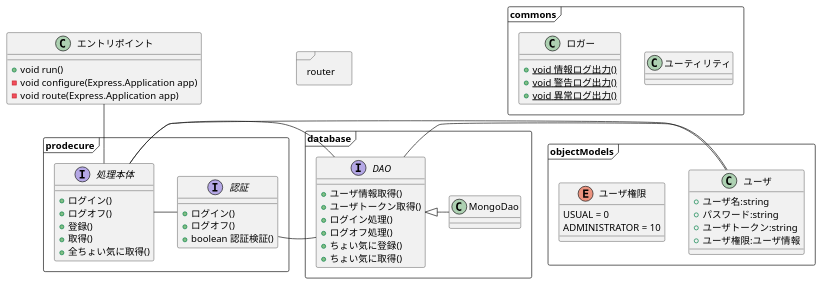
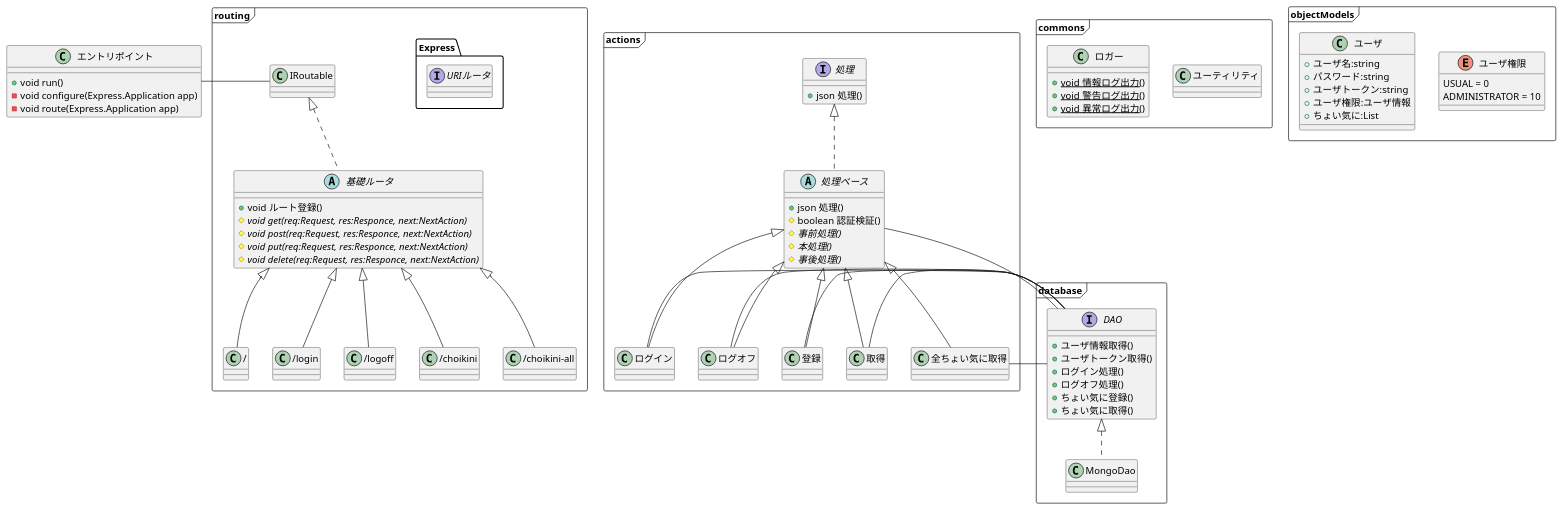
One commit to filunK/choikini changed the diagram in design/01-requirement/02-01_CL_classdiagram.puml. Above: the diagram before and after it, drawn with PlantUML. The commit also changed 6 other files, not shown here.

Commit message:
change architecture

```diff
--- a/design/01-requirement/02-01_CL_classdiagram.puml
+++ b/design/01-requirement/02-01_CL_classdiagram.puml
@@ -1,93 +1,144 @@
 @startuml
 
     
     package commons <<Frame>> {
         class ユーティリティ {
 
         }
 
         class Logger as "ロガー" {
             +{static} void 情報ログ出力()
             +{static} void 警告ログ出力()
             +{static} void 異常ログ出力()
             
         }
         
     }
     
     
     class Application as "エントリポイント" {
         +void run()
         -void configure(Express.Application app)
         -void route(Express.Application app)
     }
 
-    package router <<Frame>> {
+    package routing <<Frame>> {
+
+        Application - IRoutable
+        interface Express.IRoute as "URIルータ" {
+        }
+
+        IRoutable <|.. RouteBase
+        abstract class RouteBase as "基礎ルータ" {
+            +void ルート登録()
+            #{abstract}void get(req:Request, res:Responce, next:NextAction)
+            #{abstract}void post(req:Request, res:Responce, next:NextAction)
+            #{abstract}void put(req:Request, res:Responce, next:NextAction)
+            #{abstract}void delete(req:Request, res:Responce, next:NextAction)
+        }
+
+        RouteBase <|-- Index
+        class Index as "/" {
+        }
+
+        RouteBase <|-- Login
+        class Login as "/login" {
+        }
+
+        RouteBase <|-- Logoff
+        class Logoff as "/logoff" {
+        }
+
+        RouteBase <|-- Choikini
+        class Choikini as "/choikini" {
+        }
         
+        RouteBase <|-- ChoikiniAll
+        class ChoikiniAll as "/choikini-all" {
+        }
+
     }
     
     
-    package prodecure <<Frame>> {
-        interface Auth as "認証" {
-            +ログイン()
-            +ログオフ()
-            +boolean 認証検証()
-
+    package actions <<Frame>> {
+        interface IActionable as "処理" {
+            +json 処理()
         }
 
-        interface Choikini as "処理本体" {
-            +ログイン()
-            +ログオフ()
-            +登録()
-            +取得()
-            +全ちょい気に取得()
-            
+        IActionable <|.. ActionBase
+        abstract class ActionBase as "処理ベース" {
+            +json 処理()
+            #boolean 認証検証()
+            #{abstract} 事前処理()
+            #{abstract} 本処理()
+            #{abstract} 事後処理()
+        }
+        
+        ActionBase <|-- LoginAction
+        class LoginAction as "ログイン" {
+        }
+        
+        ActionBase <|-- LogoffAction
+        class LogoffAction as "ログオフ" {
         }
 
-        Application -- Choikini
-        Choikini - Auth
+        ActionBase <|-- RegistAction
+        class RegistAction as "登録" {
+        }
+
+        ActionBase <|-- SelectAction
+        class SelectAction as "取得" {
+        }
+
+        ActionBase <|-- SelectAllAction
+        class SelectAllAction as "全ちょい気に取得" {
+        }
+
     }
     
     
     
     package database <<Frame>> {
+
+        ActionBase - Dao
+        LoginAction - Dao
+        LogoffAction - Dao
+        RegistAction - Dao
+        SelectAction - Dao
+        SelectAllAction - Dao
         interface Dao as "DAO" {
             +ユーザ情報取得()
             +ユーザトークン取得()
             +ログイン処理()
             +ログオフ処理()
             +ちょい気に登録()
             +ちょい気に取得()
             
         }
 
-        Dao <|- MongoDao
+        Dao <|.. MongoDao
         class MongoDao {
         }
 
-        Choikini - Dao
-        Auth - Dao
     }
     
     
     package objectModels <<Frame>> {
         enum userAuthType as "ユーザ権限" {
             USUAL = 0
             ADMINISTRATOR = 10
         }
     
         class User as "ユーザ" {
             +ユーザ名:string
             +パスワード:string
             +ユーザトークン:string
             +ユーザ権限:ユーザ情報
+            +ちょい気に:List
         }
-
-        Dao - User
-        Choikini - User
  
     }
 
 
 
 @enduml
```
